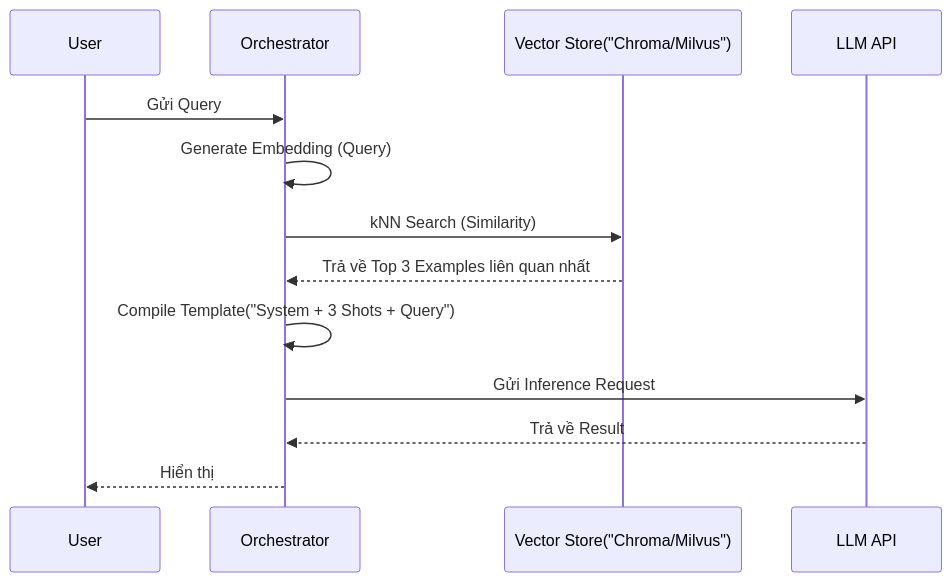
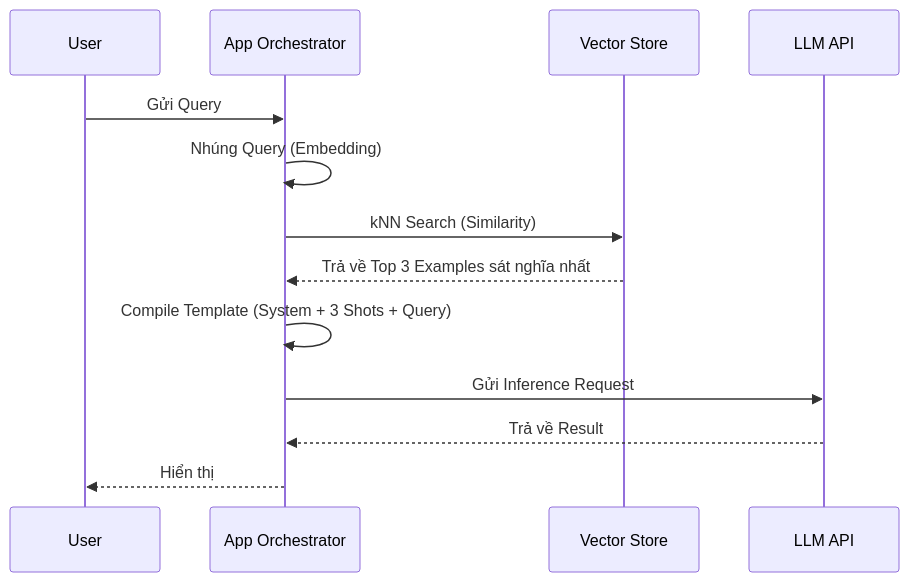
Before and after one commit to kythuatdulieu/kythuatdulieu.github.io: the first of 2 diagrams in src/content/docs/concepts/9-genai-machine-learning/few-shot-prompting.md, drawn with Mermaid. The commit also changed other lines of this file and 228 other files, not shown here.

Commit message:
Fix syntax and rewrite 200+ concepts docs to deep-dive system architecture and add GA4 tracking to quiz app

````diff
--- a/src/content/docs/concepts/9-genai-machine-learning/few-shot-prompting.md
+++ b/src/content/docs/concepts/9-genai-machine-learning/few-shot-prompting.md
@@ -25,16 +27,16 @@
 ```mermaid
 sequenceDiagram
     participant User
-    participant App as Orchestrator
-    participant VectorDB as Vector Store("Chroma/Milvus")
+    participant App as App Orchestrator
+    participant VectorDB as Vector Store
     participant LLM as LLM API
     
     User->>App: Gửi Query
-    App->>App: Generate Embedding (Query)
+    App->>App: Nhúng Query (Embedding)
     App->>VectorDB: kNN Search (Similarity)
-    VectorDB-->>App: Trả về Top 3 Examples liên quan nhất
-    App->>App: Compile Template("System + 3 Shots + Query")
+    VectorDB-->>App: Trả về Top 3 Examples sát nghĩa nhất
+    App->>App: Compile Template (System + 3 Shots + Query)
     App->>LLM: Gửi Inference Request
     LLM-->>App: Trả về Result
     App-->>User: Hiển thị
 ```
````
